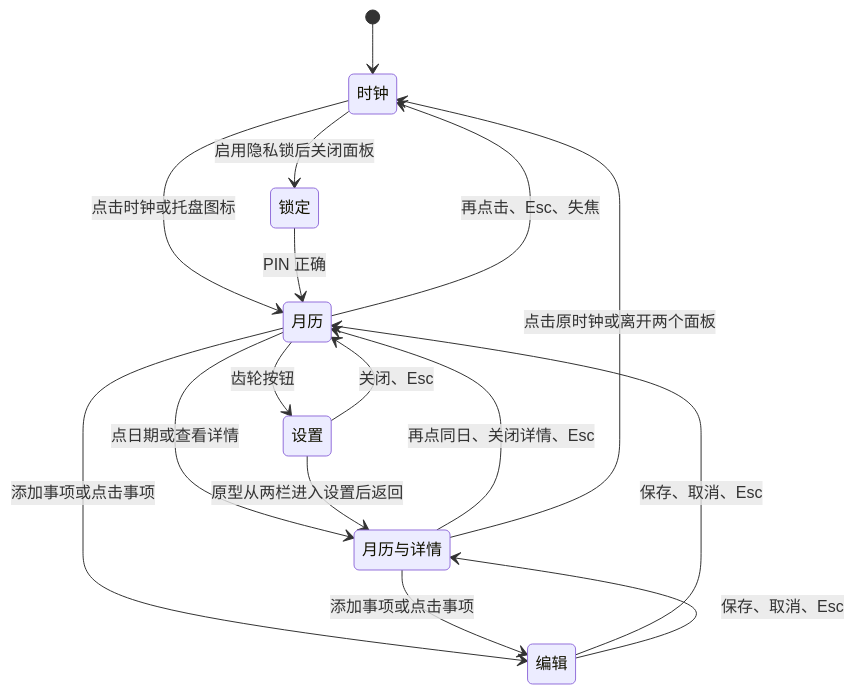
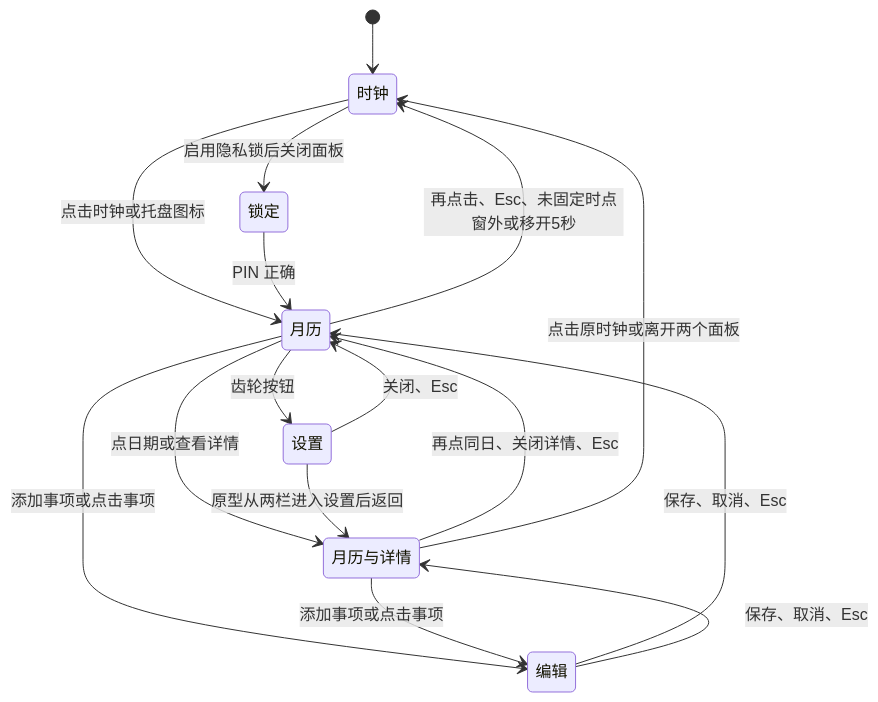
One commit to hiven425/yxrl changed the diagram in docs/interaction-spec.md. Above: the diagram before and after it, drawn with Mermaid. The commit also changed other lines of this file and 11 other files, not shown here.

````diff
--- a/docs/interaction-spec.md
+++ b/docs/interaction-spec.md
@@ -17,18 +17,18 @@
 ```mermaid
 stateDiagram-v2
     [*] --> 时钟
     时钟 --> 月历: 点击时钟或托盘图标
-    月历 --> 时钟: 再点击、Esc、失焦
+    月历 --> 时钟: 再点击、Esc、未固定时点窗外或移开5秒
     月历 --> 月历与详情: 点日期或查看详情
     月历与详情 --> 月历: 再点同日、关闭详情、Esc
     月历与详情 --> 时钟: 点击原时钟或离开两个面板
     月历 --> 编辑: 添加事项或点击事项
     月历与详情 --> 编辑: 添加事项或点击事项
     编辑 --> 月历: 保存、取消、Esc
     编辑 --> 月历与详情: 保存、取消、Esc
     月历 --> 设置: 齿轮按钮
     设置 --> 月历: 关闭、Esc
     设置 --> 月历与详情: 原型从两栏进入设置后返回
     时钟 --> 锁定: 启用隐私锁后关闭面板
     锁定 --> 月历: PIN 正确
 ```
````
